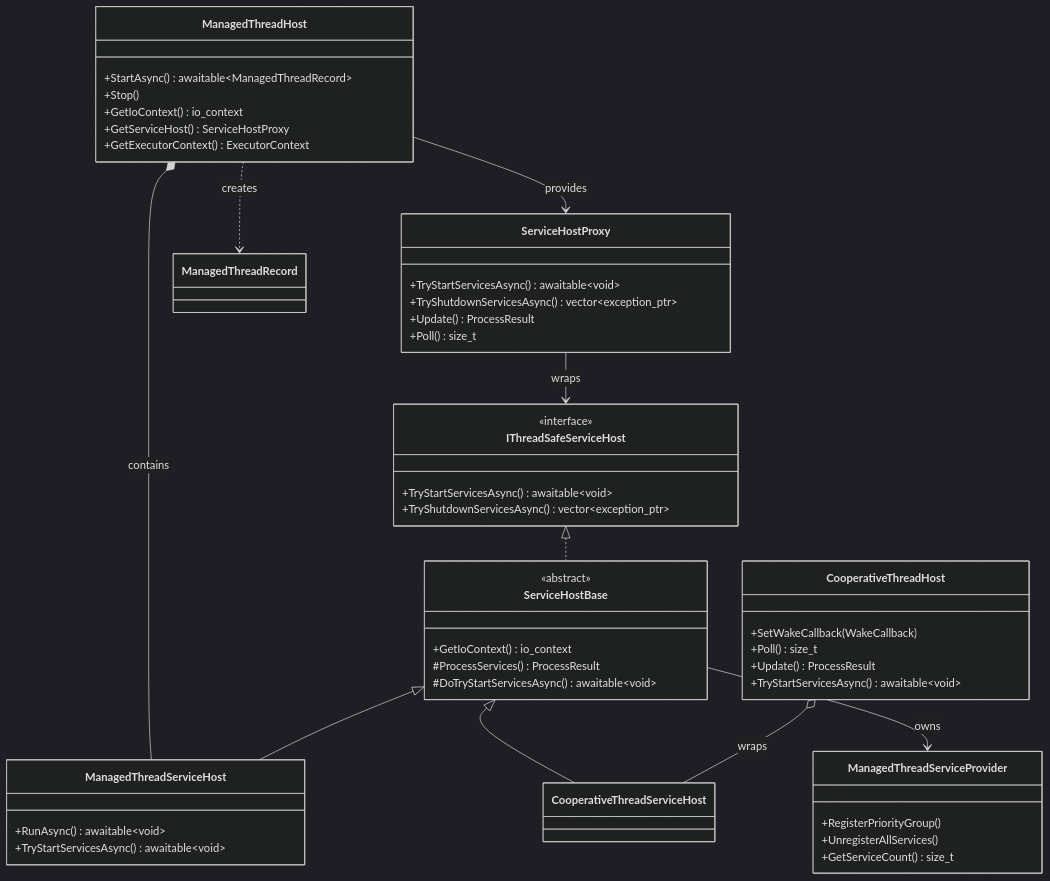
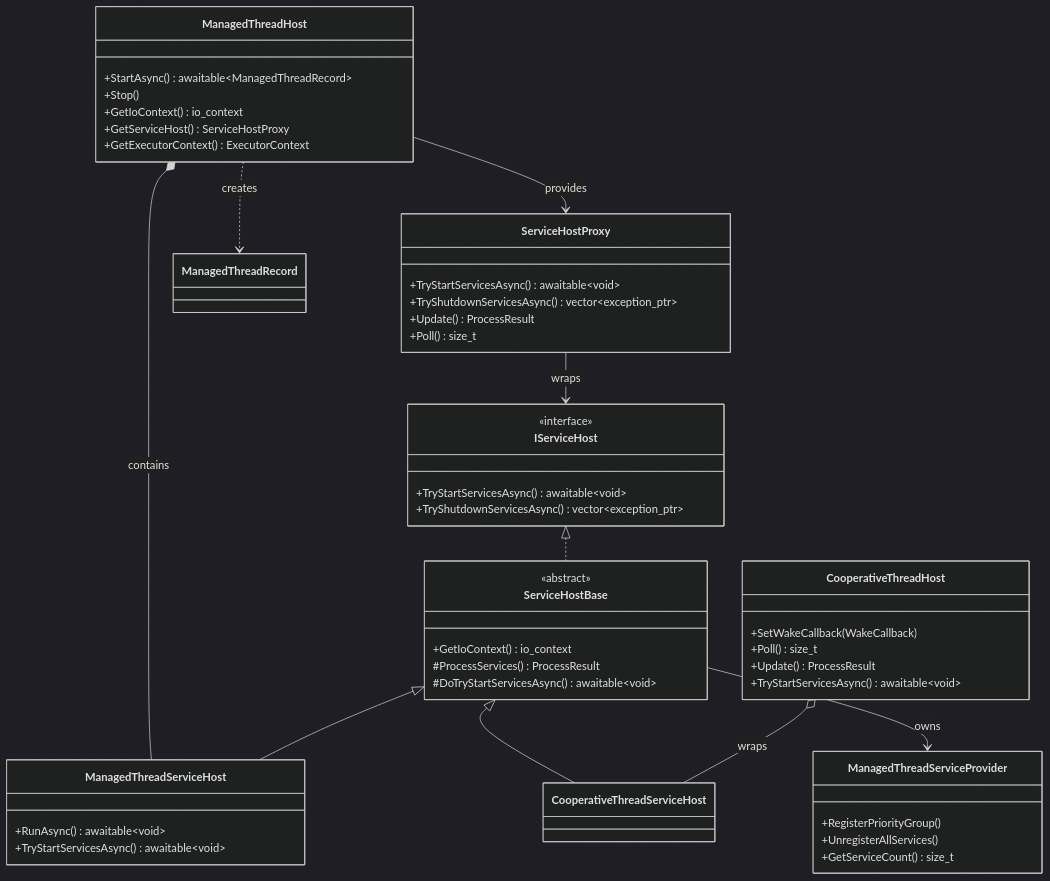
The third of 12 diagrams in docs/class-diagrams.md (Unarmed1000/ServiceFrameworkExperiments), drawn with Mermaid (dark theme) before and after one commit. The commit also changed other lines of this file and 68 other files, not shown here.

First line of the commit message:
Refactor ServiceHostBase and related components for improved async service management

````diff
--- a/docs/class-diagrams.md
+++ b/docs/class-diagrams.md
@@ -100,63 +100,63 @@
 ```mermaid
 classDiagram
     direction TB
 
     class ServiceHostBase {
         <<abstract>>
         +GetIoContext() io_context
         #ProcessServices() ProcessResult
         #DoTryStartServicesAsync() awaitable~void~
     }
 
     class CooperativeThreadHost {
         +SetWakeCallback(WakeCallback)
         +Poll() size_t
         +Update() ProcessResult
         +TryStartServicesAsync() awaitable~void~
     }
 
     class ManagedThreadServiceHost {
         +RunAsync() awaitable~void~
         +TryStartServicesAsync() awaitable~void~
     }
 
     class ManagedThreadHost {
         +StartAsync() awaitable~ManagedThreadRecord~
         +Stop()
         +GetIoContext() io_context
         +GetServiceHost() ServiceHostProxy
         +GetExecutorContext() ExecutorContext
     }
 
     class ServiceHostProxy {
         +TryStartServicesAsync() awaitable~void~
         +TryShutdownServicesAsync() vector~exception_ptr~
         +Update() ProcessResult
         +Poll() size_t
     }
 
-    class IThreadSafeServiceHost {
+    class IServiceHost {
         <<interface>>
         +TryStartServicesAsync() awaitable~void~
         +TryShutdownServicesAsync() vector~exception_ptr~
     }
 
     class ManagedThreadServiceProvider {
         +RegisterPriorityGroup()
         +UnregisterAllServices()
         +GetServiceCount() size_t
     }
 
     class ManagedThreadRecord
 
     CooperativeThreadHost o-- CooperativeThreadServiceHost : wraps
     ServiceHostBase <|-- CooperativeThreadServiceHost
     ServiceHostBase <|-- ManagedThreadServiceHost
     ServiceHostBase --> ManagedThreadServiceProvider : owns
-    IThreadSafeServiceHost <|.. ServiceHostBase
+    IServiceHost <|.. ServiceHostBase
 
     ManagedThreadHost *-- ManagedThreadServiceHost : contains
     ManagedThreadHost ..> ManagedThreadRecord : creates
-    ServiceHostProxy --> IThreadSafeServiceHost : wraps
+    ServiceHostProxy --> IServiceHost : wraps
     ManagedThreadHost --> ServiceHostProxy : provides
 ```
````
